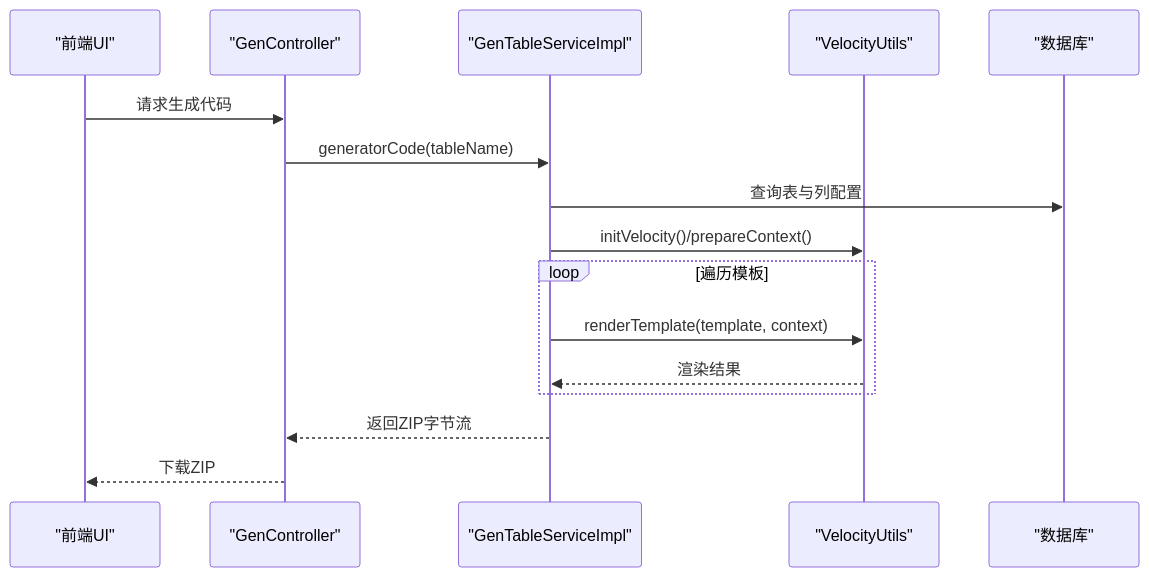
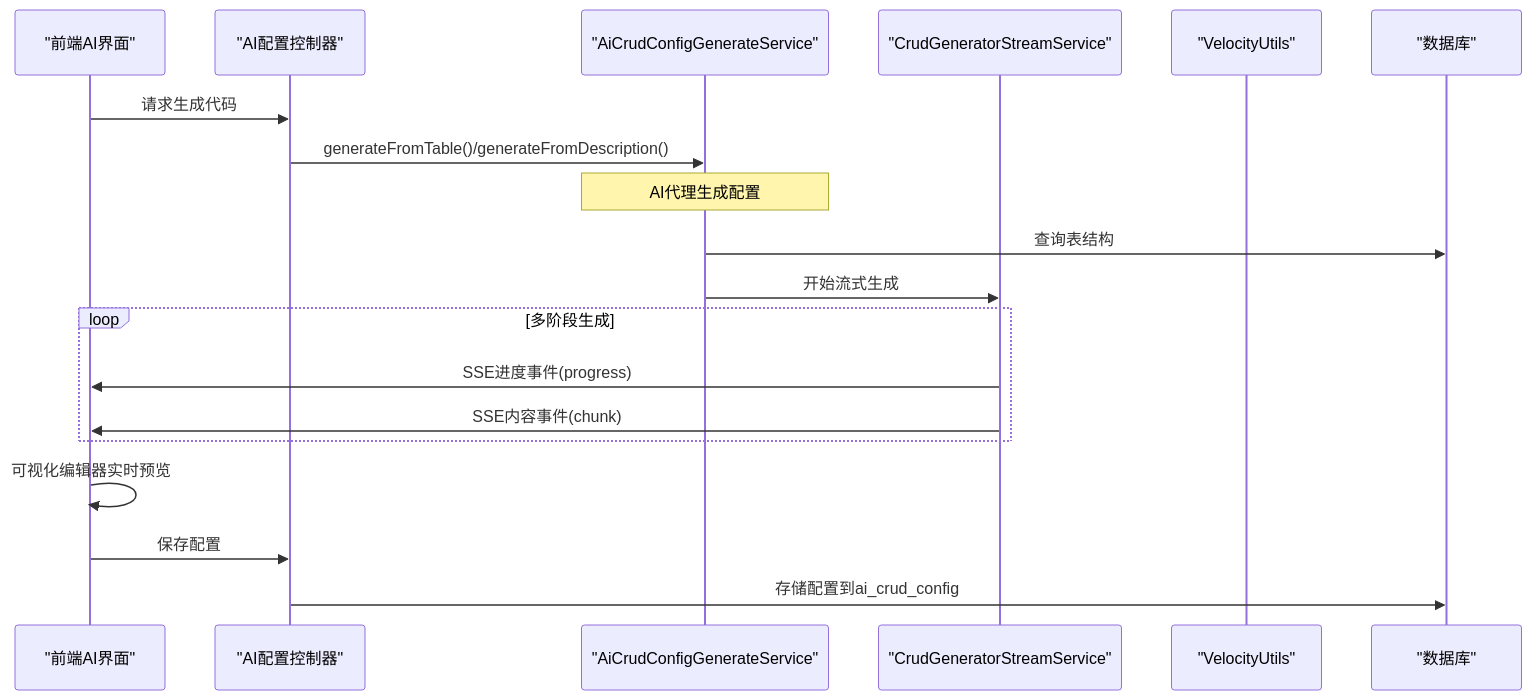
The second of 10 diagrams in .qoder/repowiki/zh/content/核心功能模块/代码生成器/代码生成器.md (yaomindong1996/forge-admin), drawn with Mermaid before and after one commit. The commit also changed other lines of this file and 56 other files, not shown here.

````diff
--- a/.qoder/repowiki/zh/content/核心功能模块/代码生成器/代码生成器.md
+++ b/.qoder/repowiki/zh/content/核心功能模块/代码生成器/代码生成器.md
@@ -128,18 +143,21 @@
 ```mermaid
 sequenceDiagram
-participant UI as "前端UI"
-participant Ctrl as "GenController"
-participant Svc as "GenTableServiceImpl"
+participant UI as "前端AI界面"
+participant Ctrl as "AI配置控制器"
+participant Svc as "AiCrudConfigGenerateService"
+participant StreamSvc as "CrudGeneratorStreamService"
 participant Vel as "VelocityUtils"
 participant DB as "数据库"
 UI->>Ctrl : 请求生成代码
-Ctrl->>Svc : generatorCode(tableName)
-Svc->>DB : 查询表与列配置
-Svc->>Vel : initVelocity()/prepareContext()
-loop 遍历模板
-Svc->>Vel : renderTemplate(template, context)
-Vel-->>Svc : 渲染结果
+Ctrl->>Svc : generateFromTable()/generateFromDescription()
+Note over Svc : AI代理生成配置
+Svc->>DB : 查询表结构
+Svc->>StreamSvc : 开始流式生成
+loop 多阶段生成
+StreamSvc->>UI : SSE进度事件(progress)
+StreamSvc->>UI : SSE内容事件(chunk)
 end
-Svc-->>Ctrl : 返回ZIP字节流
-Ctrl-->>UI : 下载ZIP
+UI->>UI : 可视化编辑器实时预览
+UI->>Ctrl : 保存配置
+Ctrl->>DB : 存储配置到ai_crud_config
 ```
````
